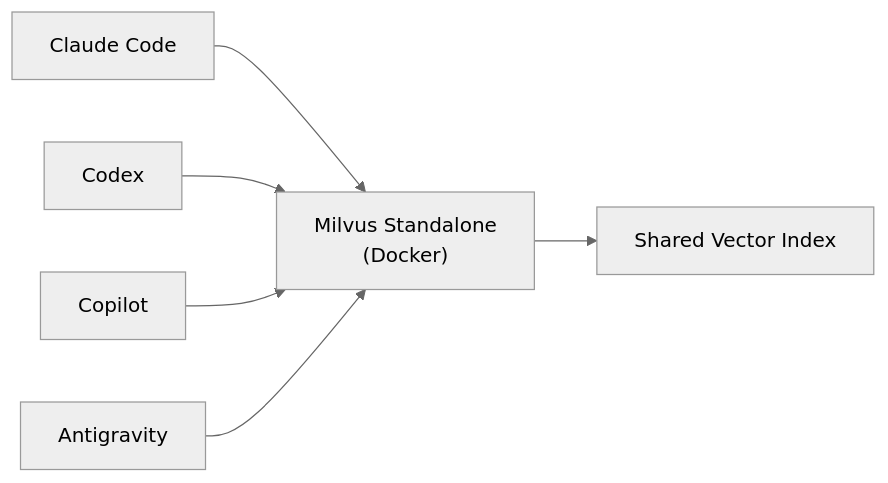
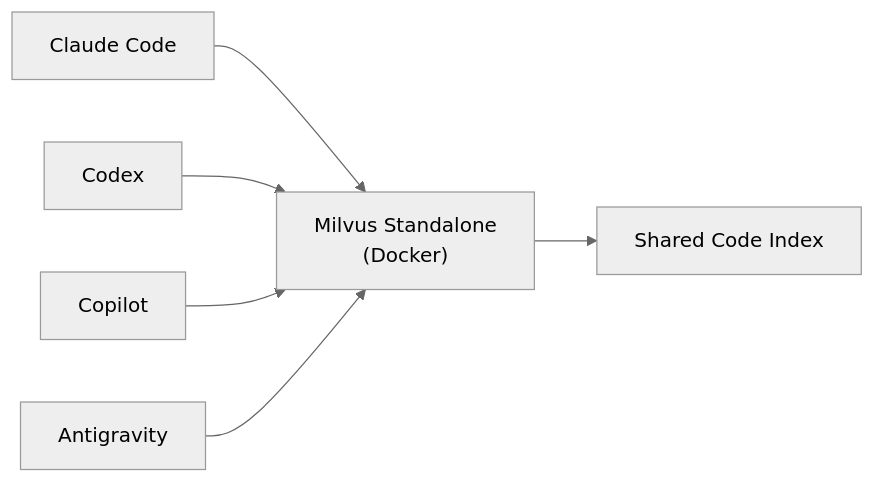
One commit to bitkyc08-arch/semantic-code-mcp changed the first of 3 diagrams in README.md. Above: the diagram before and after it, drawn with Mermaid (neutral theme). The commit also changed other lines of this file and 2 other files, not shown here.

````diff
--- a/README.md
+++ b/README.md
@@ -36,8 +14,8 @@
 ```mermaid
 graph LR
     A["Claude Code"] --> M["Milvus Standalone<br/>(Docker)"]
     B["Codex"] --> M
     C["Copilot"] --> M
     D["Antigravity"] --> M
-    M --> V["Shared Vector Index"]
+    M --> V["Shared Code Index"]
 ```
````
